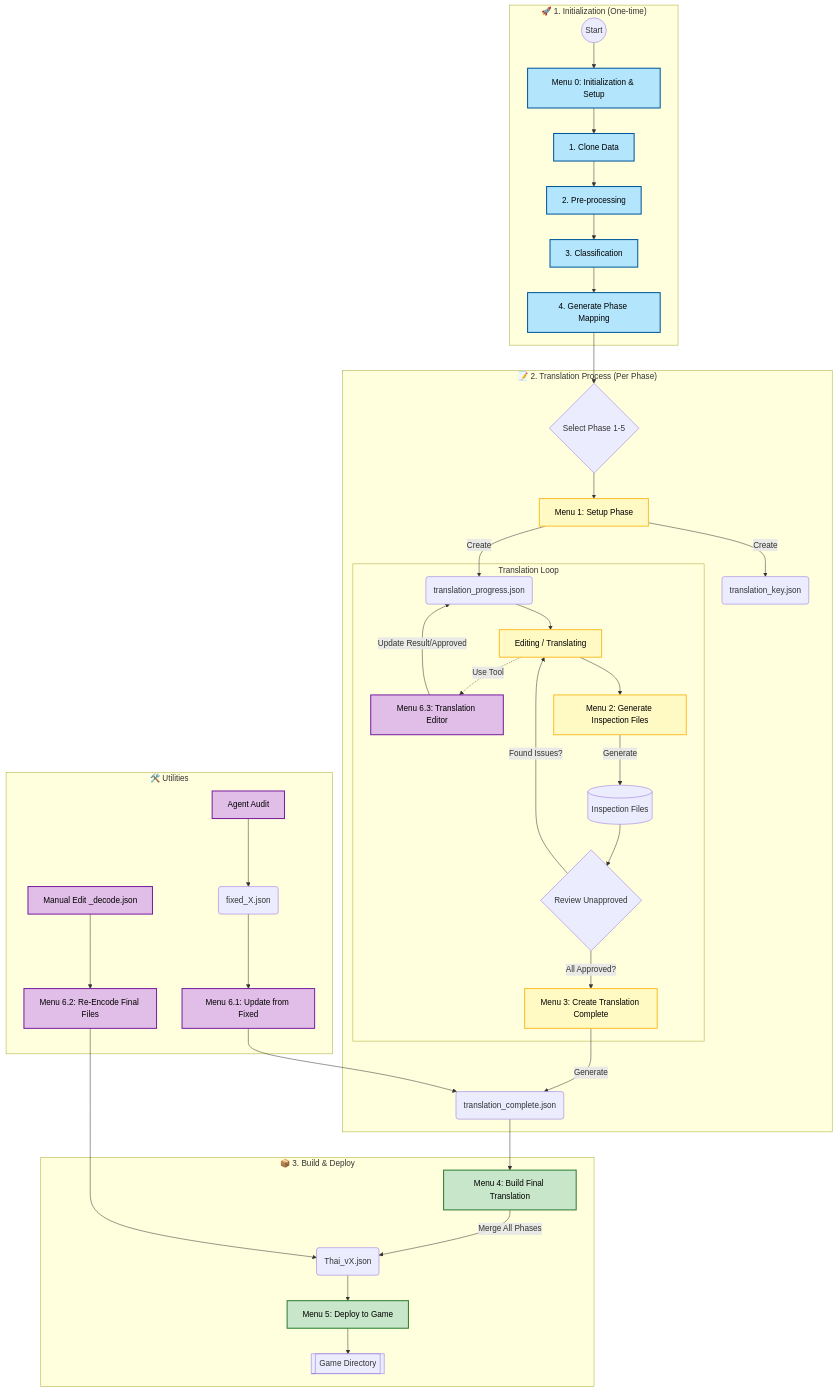
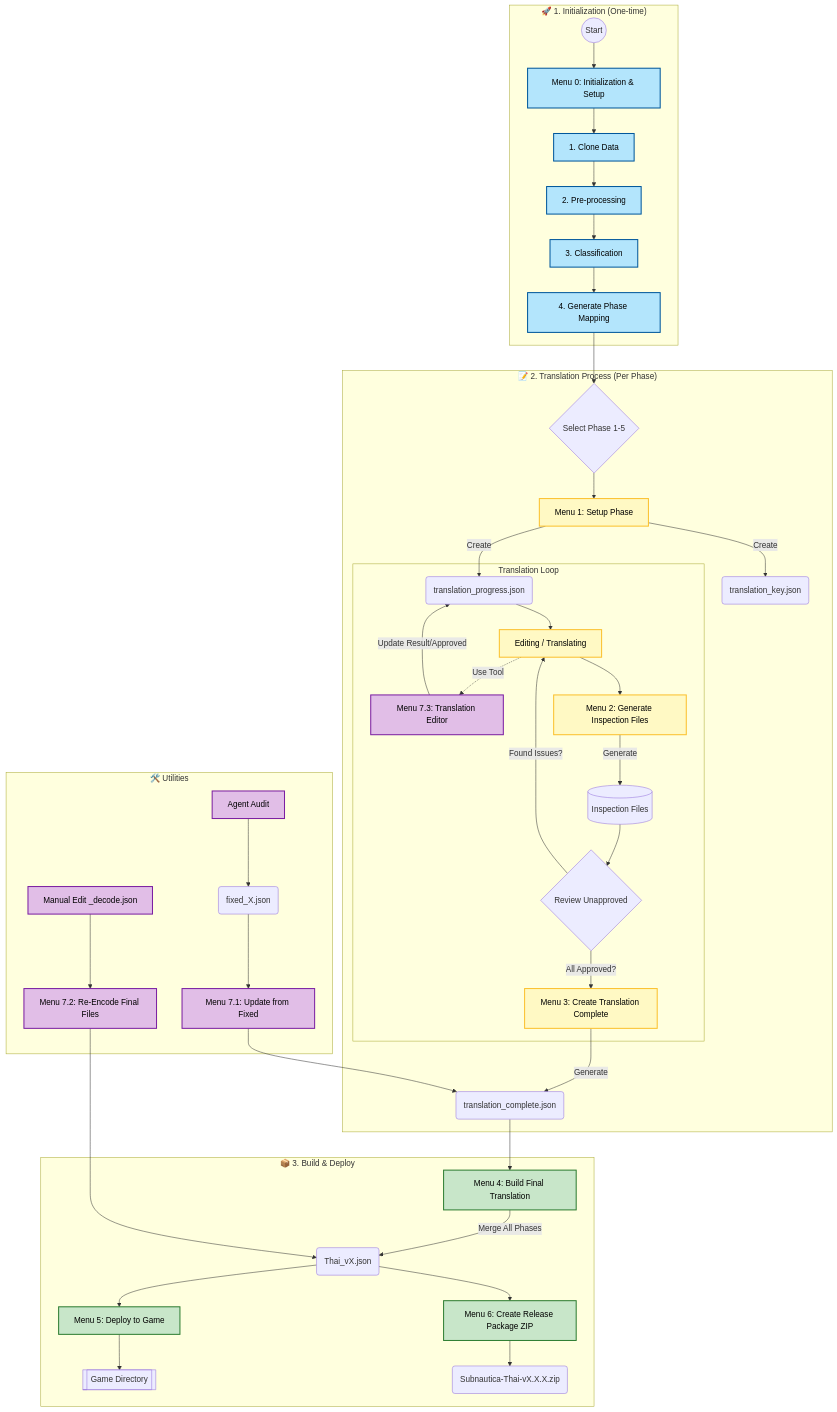
The diagram in docs/translation_guide.md (Onyx-Nostalgia/subnautica-th), drawn with Mermaid before and after one commit. The commit also changed other lines of this file, not shown here.

Commit message:
📝 docs: ✏️ update translation guide with new menu options and release package creation steps

````diff
--- a/docs/translation_guide.md
+++ b/docs/translation_guide.md
@@ -110,62 +114,65 @@
 ```mermaid
 graph TD
     %% Styling for High Contrast (Dark Text on Pastel Background)
     classDef init fill:#b3e5fc,stroke:#01579b,stroke-width:2px,color:#000;
     classDef phase fill:#fff9c4,stroke:#fbc02d,stroke-width:2px,color:#000;
     classDef deploy fill:#c8e6c9,stroke:#2e7d32,stroke-width:2px,color:#000;
     classDef util fill:#e1bee7,stroke:#7b1fa2,stroke-width:2px,color:#000;
 
     subgraph "🚀 1. Initialization (One-time)"
         Start((Start)) --> InitMenu[Menu 0: Initialization & Setup]:::init
         InitMenu --> Clone[1. Clone Data]:::init
         Clone --> Pre[2. Pre-processing]:::init
         Pre --> Classify[3. Classification]:::init
         Classify --> Map[4. Generate Phase Mapping]:::init
     end
 
     Map --> PhaseStart
 
     subgraph "📝 2. Translation Process (Per Phase)"
         PhaseStart{Select Phase 1-5}
         PhaseStart --> SetupPhase[Menu 1: Setup Phase]:::phase
         SetupPhase -->|Create| KeyFile(translation_key.json)
         SetupPhase -->|Create| ProgFile(translation_progress.json)
         
         ProgFile --> EditLoop
         
         subgraph "Translation Loop"
             EditLoop[Editing / Translating]:::phase
-            EditLoop -.->|Use Tool| Editor[Menu 6.3: Translation Editor]:::util
+            EditLoop -.->|Use Tool| Editor[Menu 7.3: Translation Editor]:::util
             Editor -->|Update Result/Approved| ProgFile
             
             EditLoop --> Inspect[Menu 2: Generate Inspection Files]:::phase
             Inspect -->|Generate| InspectFiles[(Inspection Files)]
             
             InspectFiles --> Unapproved{Review Unapproved}
             Unapproved -->|Found Issues?| EditLoop
             Unapproved -->|All Approved?| Complete
         end
         
         Complete[Menu 3: Create Translation Complete]:::phase
         Complete -->|Generate| CompFile(translation_complete.json)
     end
 
     CompFile --> Build
 
     subgraph "📦 3. Build & Deploy"
         Build[Menu 4: Build Final Translation]:::deploy
         Build -->|Merge All Phases| FinalFile(Thai_vX.json)
         
         FinalFile --> Deploy[Menu 5: Deploy to Game]:::deploy
         Deploy --> GameFolder[[Game Directory]]
+        FinalFile --> ReleasePackage[Menu 6: Create Release Package ZIP]:::deploy
+        ReleasePackage --> ZipFile(Subnautica-Thai-vX.X.X.zip)
+
     end
 
     subgraph "🛠️ Utilities"
-        ManualFix[Manual Edit _decode.json]:::util --> ReEncode[Menu 6.2: Re-Encode Final Files]:::util
+        ManualFix[Manual Edit _decode.json]:::util --> ReEncode[Menu 7.2: Re-Encode Final Files]:::util
         ReEncode --> FinalFile
         
         AgentAudit[Agent Audit]:::util --> FixedJson(fixed_X.json)
-        FixedJson --> UpdateFixed[Menu 6.1: Update from Fixed]:::util
+        FixedJson --> UpdateFixed[Menu 7.1: Update from Fixed]:::util
         UpdateFixed --> CompFile
     end
 ```
````
